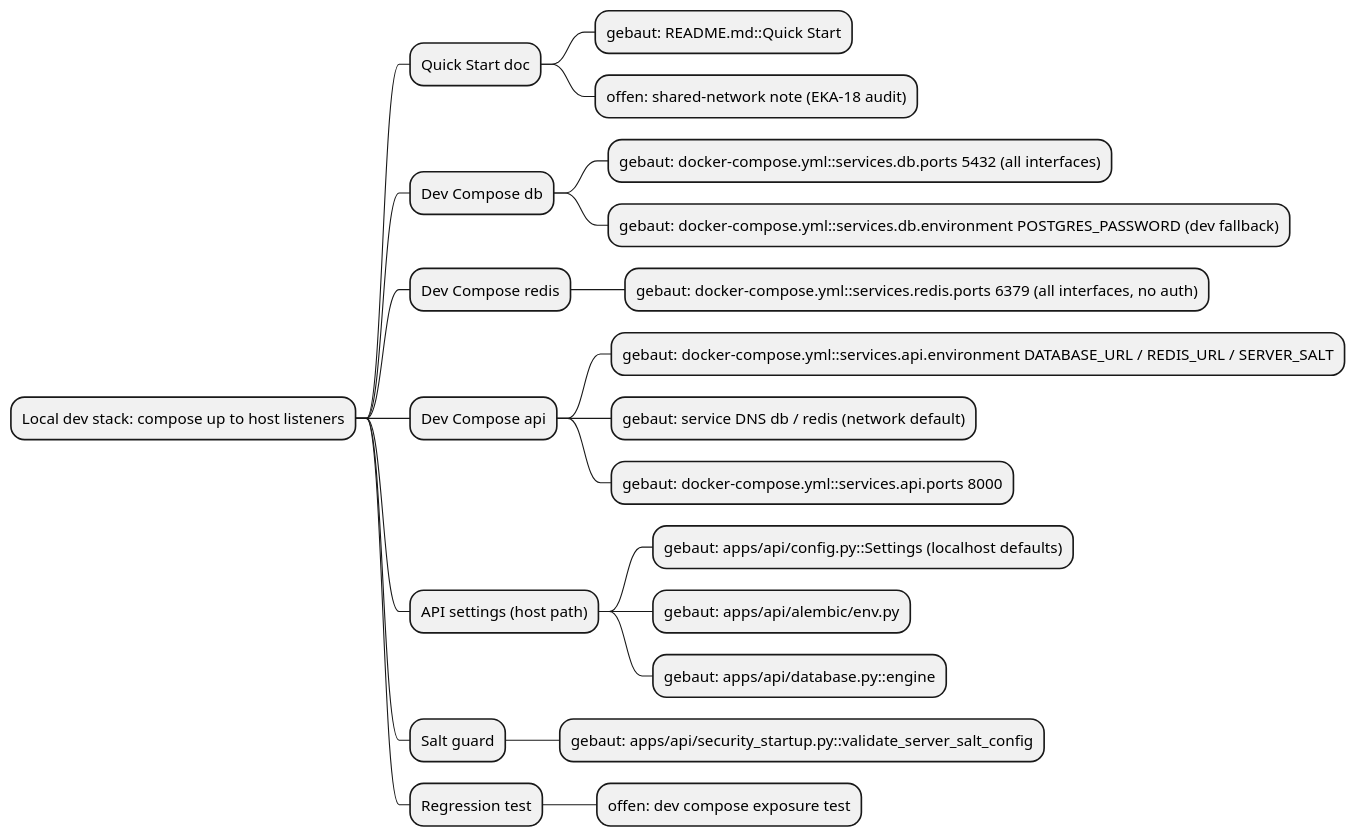
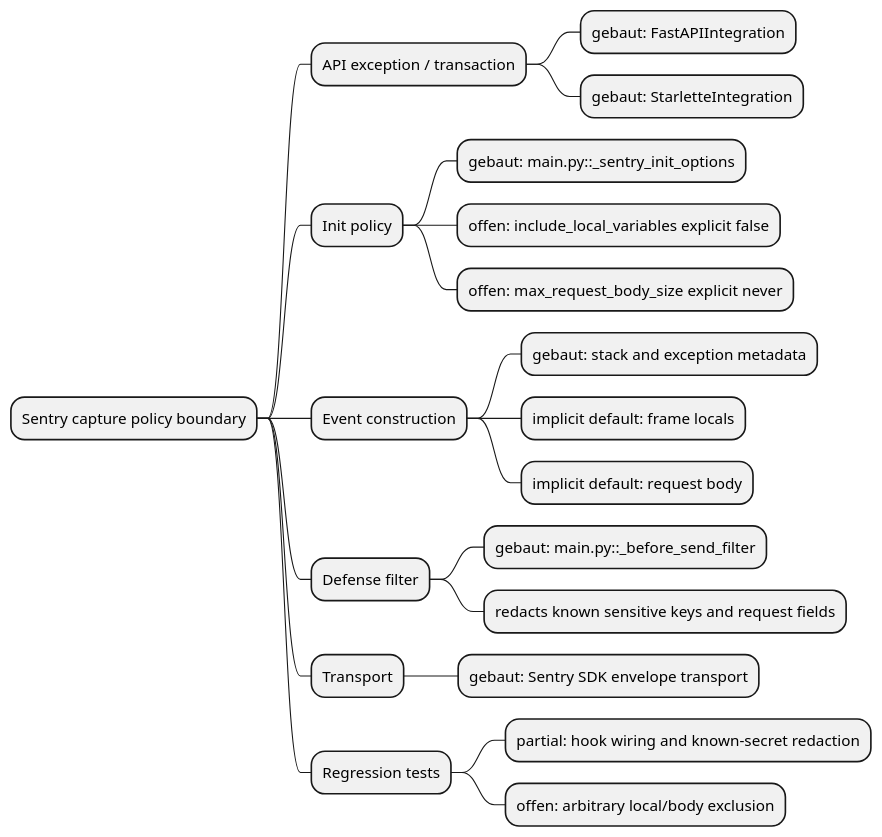
One commit to NeaBouli/pnyx changed the first of 2 diagrams in docs/architecture/map.puml. Above: the diagram before and after it, drawn with PlantUML. The commit also changed other lines of this file and 2 other files, not shown here.

Commit message:
docs(architecture): map Sentry capture policy boundary

```diff
--- a/docs/architecture/map.puml
+++ b/docs/architecture/map.puml
@@ -1,24 +1,22 @@
 @startmindmap
-' EKA-18 — Local Developer Stack / Compose Exposure Boundary (base 2bfda8e)
-* Local dev stack: compose up to host listeners
-** Quick Start doc
-*** gebaut: README.md::Quick Start
-*** offen: shared-network note (EKA-18 audit)
-** Dev Compose db
-*** gebaut: docker-compose.yml::services.db.ports 5432 (all interfaces)
-*** gebaut: docker-compose.yml::services.db.environment POSTGRES_PASSWORD (dev fallback)
-** Dev Compose redis
-*** gebaut: docker-compose.yml::services.redis.ports 6379 (all interfaces, no auth)
-** Dev Compose api
-*** gebaut: docker-compose.yml::services.api.environment DATABASE_URL / REDIS_URL / SERVER_SALT
-*** gebaut: service DNS db / redis (network default)
-*** gebaut: docker-compose.yml::services.api.ports 8000
-** API settings (host path)
-*** gebaut: apps/api/config.py::Settings (localhost defaults)
-*** gebaut: apps/api/alembic/env.py
-*** gebaut: apps/api/database.py::engine
-** Salt guard
-*** gebaut: apps/api/security_startup.py::validate_server_salt_config
-** Regression test
-*** offen: dev compose exposure test
+* Sentry capture policy boundary
+** API exception / transaction
+*** gebaut: FastAPIIntegration
+*** gebaut: StarletteIntegration
+** Init policy
+*** gebaut: main.py::_sentry_init_options
+*** offen: include_local_variables explicit false
+*** offen: max_request_body_size explicit never
+** Event construction
+*** gebaut: stack and exception metadata
+*** implicit default: frame locals
+*** implicit default: request body
+** Defense filter
+*** gebaut: main.py::_before_send_filter
+*** redacts known sensitive keys and request fields
+** Transport
+*** gebaut: Sentry SDK envelope transport
+** Regression tests
+*** partial: hook wiring and known-secret redaction
+*** offen: arbitrary local/body exclusion
 @endmindmap
```
